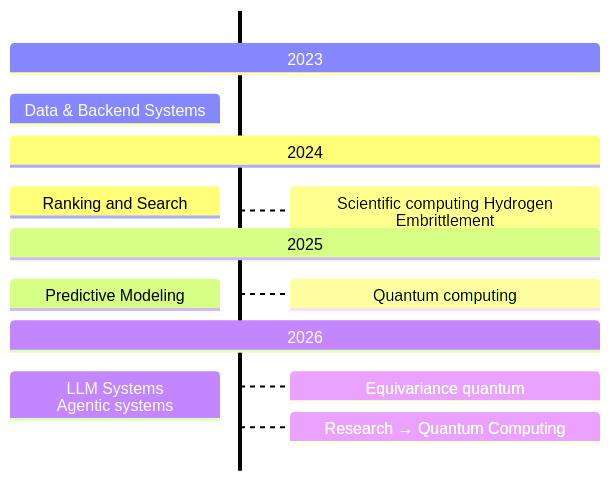
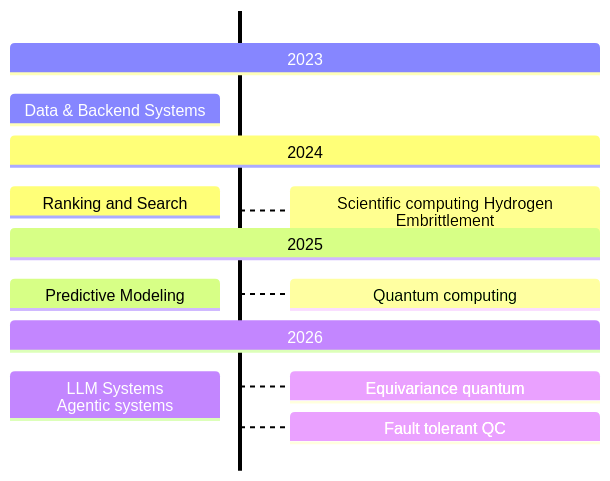
One commit to minhtriet/minhtriet.github.io changed the diagram in _pages/about.md. Above: the diagram before and after it, drawn with Mermaid. The commit also changed other lines of this file, not shown here.

Commit message:
Update LLM Systems section to reflect fault tolerance

```diff
--- a/_pages/about.md
+++ b/_pages/about.md
@@ -7,11 +7,11 @@
 <pre class="mermaid">
 timeline TD
 	section 2023
     Data & Backend Systems
 	section 2024
     Ranking and Search : Scientific computing Hydrogen Embrittlement
 	section 2025
     Predictive Modeling : Quantum computing
 	section 2026
-    LLM Systems <br> Agentic systems : Equivariance quantum : Research → Quantum Computing
+    LLM Systems <br> Agentic systems : Equivariance quantum : Fault tolerant QC
 </pre>
```
